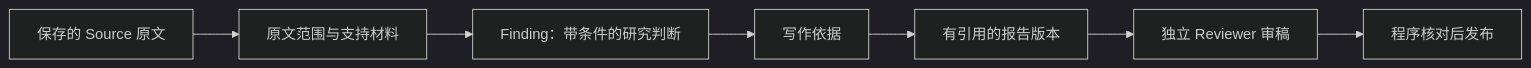
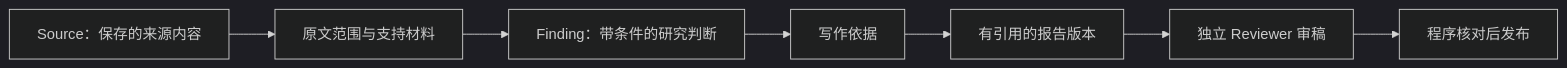
One commit to studyzhige-ui/Epivra changed the fourth of 5 diagrams in docs/technical-handbook/01-overview.md. Above: the diagram before and after it, drawn with Mermaid (dark theme). The commit also changed other lines of this file, not shown here.

Commit message:
docs: correct revision vs research loop and clarify source coverage

````diff
--- a/docs/technical-handbook/01-overview.md
+++ b/docs/technical-handbook/01-overview.md
@@ -126,9 +127,9 @@
 ```mermaid
 flowchart LR
-    S["保存的 Source 原文"] --> E["原文范围与支持材料"]
+    S["Source：保存的来源内容"] --> E["原文范围与支持材料"]
     E --> F["Finding：带条件的研究判断"]
     F --> B["写作依据"]
     B --> R["有引用的报告版本"]
     R --> V["独立 Reviewer 审稿"]
     V --> P["程序核对后发布"]
 ```
````
